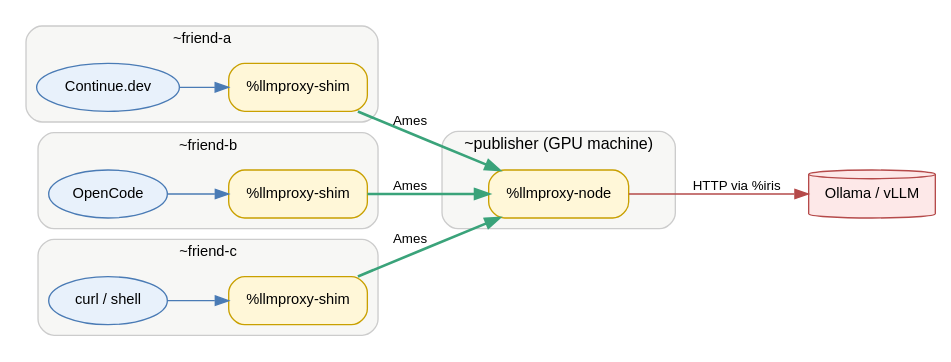
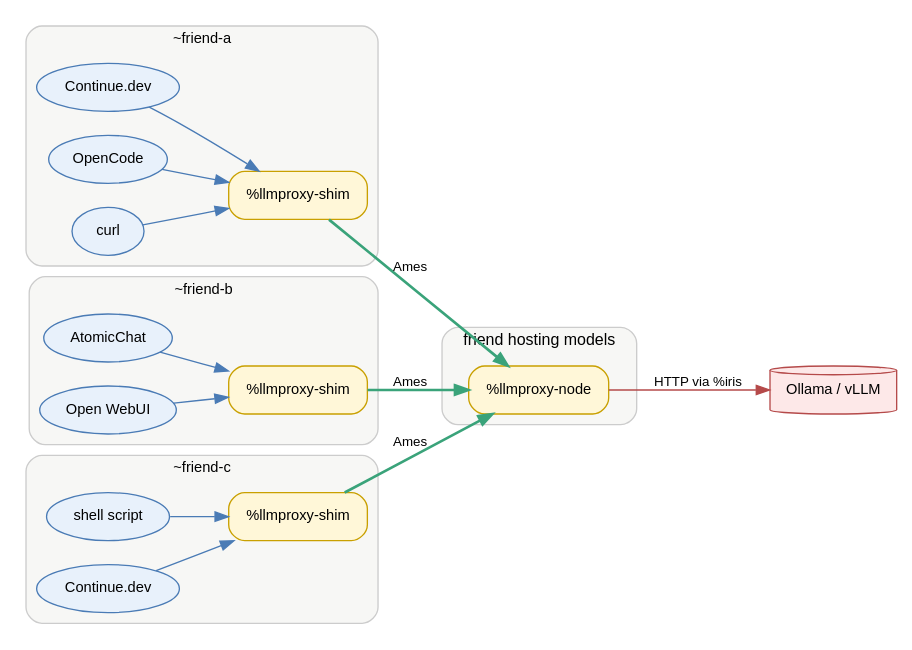
One commit to mybropro/urbit-llmproxy changed the diagram in docs/multi-friend.dot. Above: the diagram before and after it, drawn with Graphviz. The commit also changed 6 other files, not shown here.

First line of the commit message:
viz: multi-friend diagram tweaks; drop two-ship

```diff
--- a/docs/multi-friend.dot
+++ b/docs/multi-friend.dot
@@ -1,63 +1,71 @@
-// One node, many friends. The publisher's GPU serves several
-// installed clients, each with their own OpenAI-compatible app.
+// One node, many friends — and each friend points multiple
+// OpenAI-compatible clients at their single shim.
 digraph multi_friend {
   rankdir=LR;
   bgcolor="white";
   fontname="Helvetica";
   node [fontname="Helvetica", fontsize=11, shape=box, style="rounded,filled"];
   edge [fontname="Helvetica", fontsize=10];
 
   subgraph cluster_friend1 {
     label="~friend-a";
     fontname="Helvetica";
     fontsize=11;
     style="rounded,filled";
     fillcolor="#f7f7f5";
     color="#cccccc";
-    fa_app [label="Continue.dev", shape=ellipse, fillcolor="#e8f1fb", color="#4a7bb5"];
+    fa_app1 [label="Continue.dev", shape=ellipse, fillcolor="#e8f1fb", color="#4a7bb5"];
+    fa_app2 [label="OpenCode", shape=ellipse, fillcolor="#e8f1fb", color="#4a7bb5"];
+    fa_app3 [label="curl", shape=ellipse, fillcolor="#e8f1fb", color="#4a7bb5"];
     fa_shim [label="%llmproxy-shim", fillcolor="#fff7d8", color="#c9a000"];
-    fa_app -> fa_shim [color="#4a7bb5"];
+    fa_app1 -> fa_shim [color="#4a7bb5"];
+    fa_app2 -> fa_shim [color="#4a7bb5"];
+    fa_app3 -> fa_shim [color="#4a7bb5"];
   }
 
   subgraph cluster_friend2 {
     label="~friend-b";
     fontname="Helvetica";
     fontsize=11;
     style="rounded,filled";
     fillcolor="#f7f7f5";
     color="#cccccc";
-    fb_app [label="OpenCode", shape=ellipse, fillcolor="#e8f1fb", color="#4a7bb5"];
+    fb_app1 [label="AtomicChat", shape=ellipse, fillcolor="#e8f1fb", color="#4a7bb5"];
+    fb_app2 [label="Open WebUI", shape=ellipse, fillcolor="#e8f1fb", color="#4a7bb5"];
     fb_shim [label="%llmproxy-shim", fillcolor="#fff7d8", color="#c9a000"];
-    fb_app -> fb_shim [color="#4a7bb5"];
+    fb_app1 -> fb_shim [color="#4a7bb5"];
+    fb_app2 -> fb_shim [color="#4a7bb5"];
   }
 
   subgraph cluster_friend3 {
     label="~friend-c";
     fontname="Helvetica";
     fontsize=11;
     style="rounded,filled";
     fillcolor="#f7f7f5";
     color="#cccccc";
-    fc_app [label="curl / shell", shape=ellipse, fillcolor="#e8f1fb", color="#4a7bb5"];
+    fc_app1 [label="shell script", shape=ellipse, fillcolor="#e8f1fb", color="#4a7bb5"];
+    fc_app2 [label="Continue.dev", shape=ellipse, fillcolor="#e8f1fb", color="#4a7bb5"];
     fc_shim [label="%llmproxy-shim", fillcolor="#fff7d8", color="#c9a000"];
-    fc_app -> fc_shim [color="#4a7bb5"];
+    fc_app1 -> fc_shim [color="#4a7bb5"];
+    fc_app2 -> fc_shim [color="#4a7bb5"];
   }
 
   subgraph cluster_publisher {
-    label="~publisher (GPU machine)";
+    label="friend hosting models";
     fontname="Helvetica";
     fontsize=12;
     style="rounded,filled";
     fillcolor="#f7f7f5";
     color="#cccccc";
     pub_node [label="%llmproxy-node", fillcolor="#fff7d8", color="#c9a000"];
   }
 
   ollama [label="Ollama / vLLM",
           shape=cylinder, fillcolor="#fde8e8", color="#b54a4a"];
 
   fa_shim -> pub_node [label="Ames", color="#3aa37a", penwidth=2];
   fb_shim -> pub_node [label="Ames", color="#3aa37a", penwidth=2];
   fc_shim -> pub_node [label="Ames", color="#3aa37a", penwidth=2];
   pub_node -> ollama [label="HTTP via %iris", color="#b54a4a"];
 }
```
